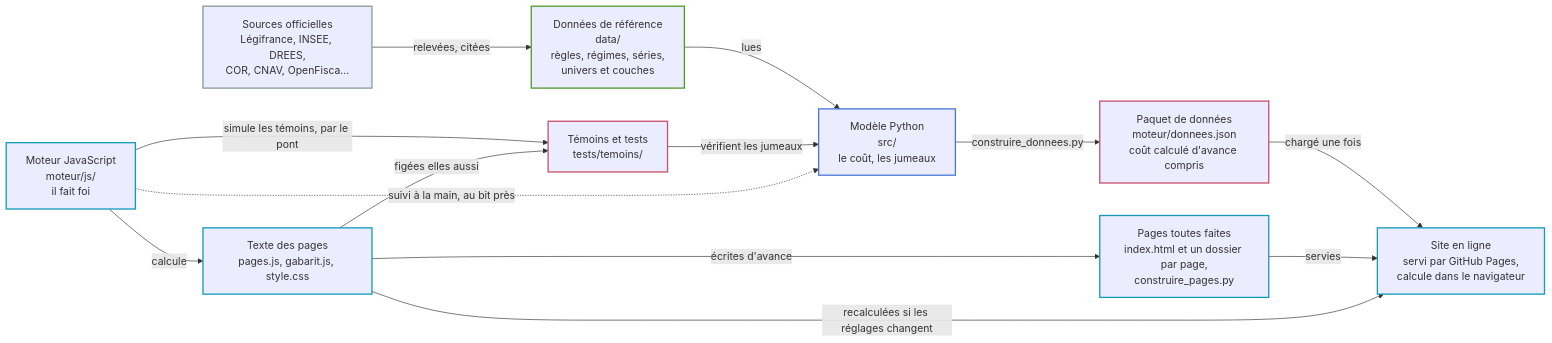
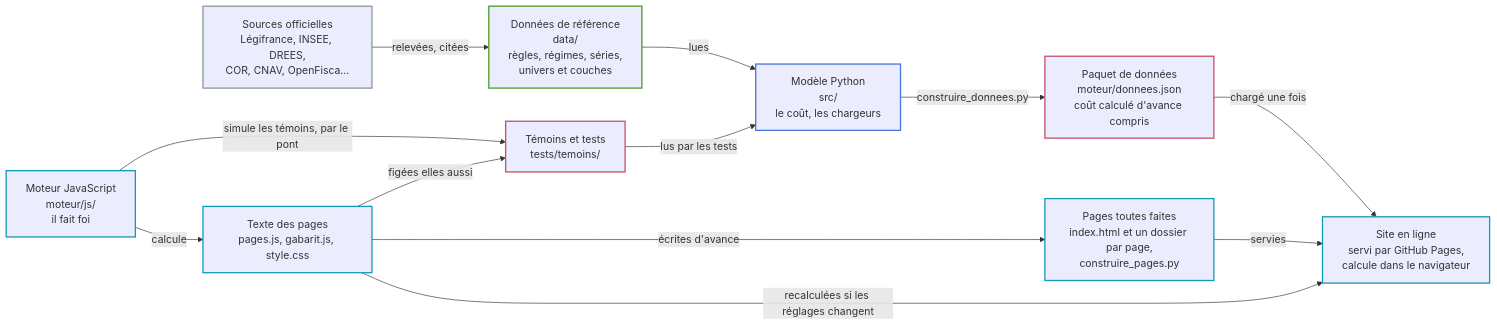
The first of 4 diagrams in docs/carte_du_depot.md (g-pliberal/retraitecomptenotionelle), drawn with Mermaid before and after one commit. The commit also changed other lines of this file and 138 other files, not shown here.

First line of the commit message:
Action 161, lot 4 : les 40 fichiers de règles Python supprimés

````diff
--- a/docs/carte_du_depot.md
+++ b/docs/carte_du_depot.md
@@ -33,36 +33,35 @@
 ```mermaid
 flowchart LR
   sources["Sources officielles<br/>Légifrance, INSEE, DREES,<br/>COR, CNAV, OpenFisca…"]
   donnees["Données de référence<br/>data/<br/>règles, régimes, séries,<br/>univers et couches"]
-  python["Modèle Python<br/>src/<br/>le coût, les jumeaux"]
+  python["Modèle Python<br/>src/<br/>le coût, les chargeurs"]
   paquet["Paquet de données<br/>moteur/donnees.json<br/>coût calculé d'avance compris"]
   temoins["Témoins et tests<br/>tests/temoins/"]
   jumeau["Moteur JavaScript<br/>moteur/js/<br/>il fait foi"]
   pages["Texte des pages<br/>pages.js, gabarit.js, style.css"]
   toutes["Pages toutes faites<br/>index.html et un dossier par page,<br/>construire_pages.py"]
   site["Site en ligne<br/>servi par GitHub Pages,<br/>calcule dans le navigateur"]
 
   sources -->|"relevées, citées"| donnees
   donnees -->|"lues"| python
   python -->|"construire_donnees.py"| paquet
   paquet -->|"chargé une fois"| site
   jumeau -->|"simule les témoins, par le pont"| temoins
   pages -->|"figées elles aussi"| temoins
-  temoins -->|"vérifient les jumeaux"| python
-  jumeau -.->|"suivi à la main, au bit près"| python
+  temoins -->|"lus par les tests"| python
   jumeau -->|"calcule"| pages
   pages -->|"écrites d'avance"| toutes
   toutes -->|"servies"| site
   pages -->|"recalculées si les réglages changent"| site
 
   classDef z_dehors stroke:#8a9a97,stroke-width:2px
   classDef z_donnees stroke:#4f9a2b,stroke-width:2px
   classDef z_modele stroke:#4a78d6,stroke-width:2px
   classDef z_site stroke:#129bb8,stroke-width:2px
   classDef z_atelier stroke:#c9506d,stroke-width:2px
   class sources z_dehors
   class donnees z_donnees
   class python z_modele
   class paquet,temoins z_atelier
   class jumeau,pages,toutes,site z_site
 ```
````
